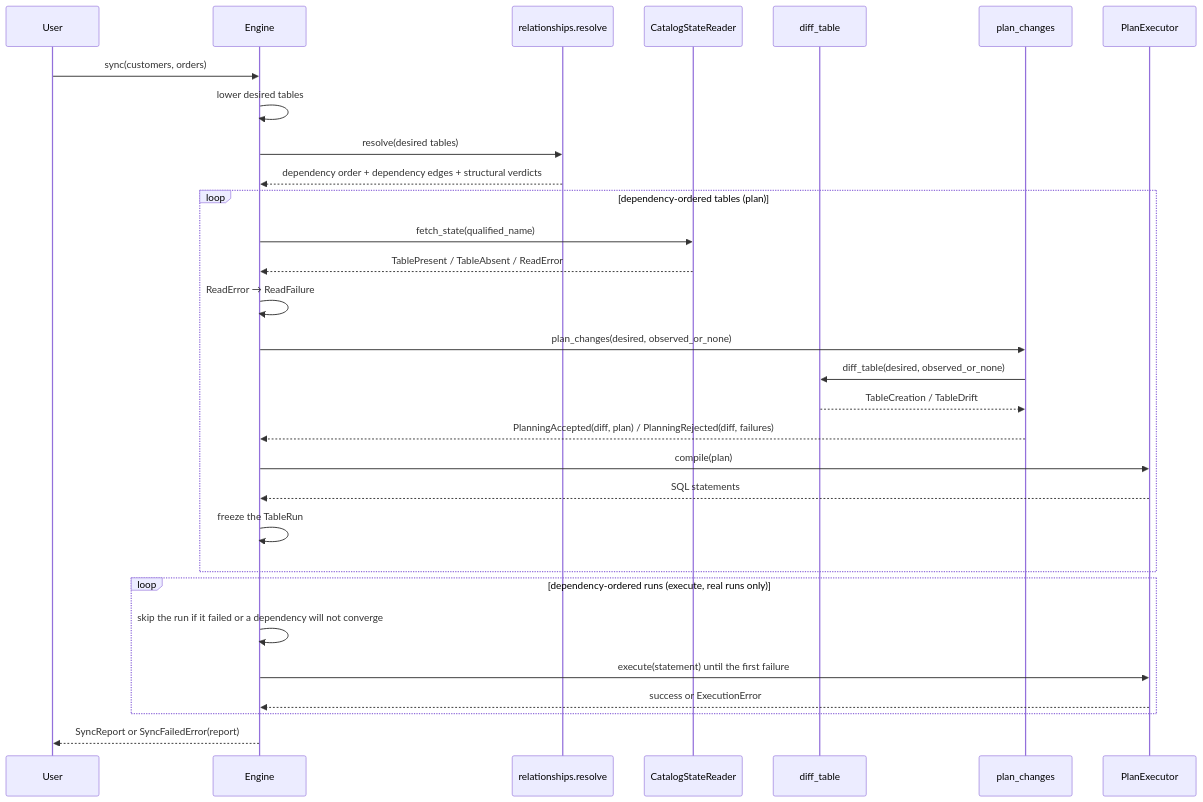
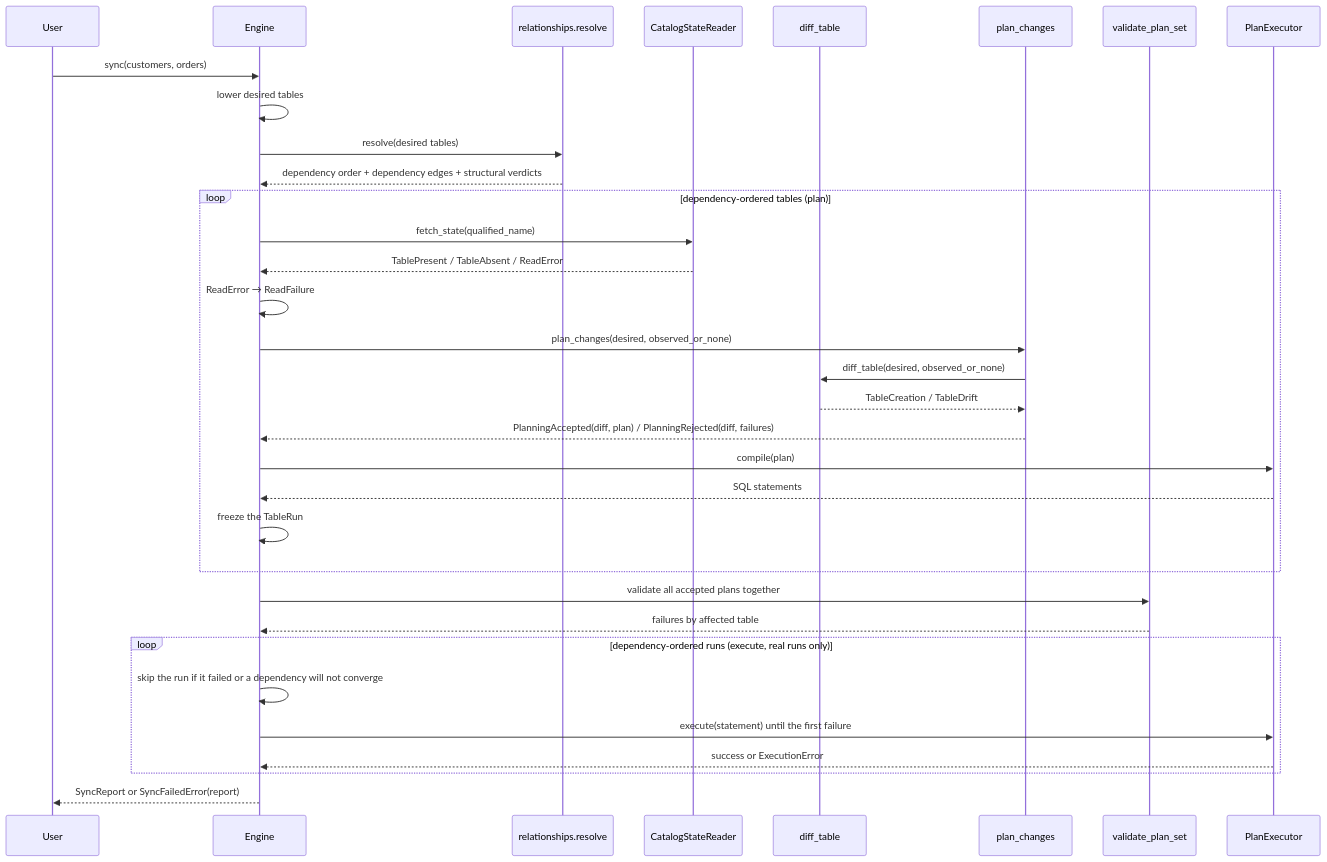
The third of 5 diagrams in docs/explanation-architecture.md (Tomoscorbin/delta-engine), drawn with Mermaid before and after one commit. The commit also changed other lines of this file and 21 other files, not shown here.

````diff
--- a/docs/explanation-architecture.md
+++ b/docs/explanation-architecture.md
@@ -278,33 +278,36 @@
 ```mermaid
 sequenceDiagram
     participant User
     participant Engine
     participant Resolver as relationships.resolve
     participant Reader as CatalogStateReader
     participant Differ as diff_table
     participant Planner as plan_changes
+    participant Validator as validate_plan_set
     participant Executor as PlanExecutor
 
     User->>Engine: sync(customers, orders)
     Engine->>Engine: lower desired tables
     Engine->>Resolver: resolve(desired tables)
     Resolver-->>Engine: dependency order + dependency edges + structural verdicts
     loop dependency-ordered tables (plan)
         Engine->>Reader: fetch_state(qualified_name)
         Reader-->>Engine: TablePresent / TableAbsent / ReadError
         Engine->>Engine: ReadError → ReadFailure
         Engine->>Planner: plan_changes(desired, observed_or_none)
         Planner->>Differ: diff_table(desired, observed_or_none)
         Differ-->>Planner: TableCreation / TableDrift
         Planner-->>Engine: PlanningAccepted(diff, plan) / PlanningRejected(diff, failures)
         Engine->>Executor: compile(plan)
         Executor-->>Engine: SQL statements
         Engine->>Engine: freeze the TableRun
     end
+    Engine->>Validator: validate all accepted plans together
+    Validator-->>Engine: failures by affected table
     loop dependency-ordered runs (execute, real runs only)
         Engine->>Engine: skip the run if it failed or a dependency will not converge
         Engine->>Executor: execute(statement) until the first failure
         Executor-->>Engine: success or ExecutionError
     end
     Engine-->>User: SyncReport or SyncFailedError(report)
 ```
````
